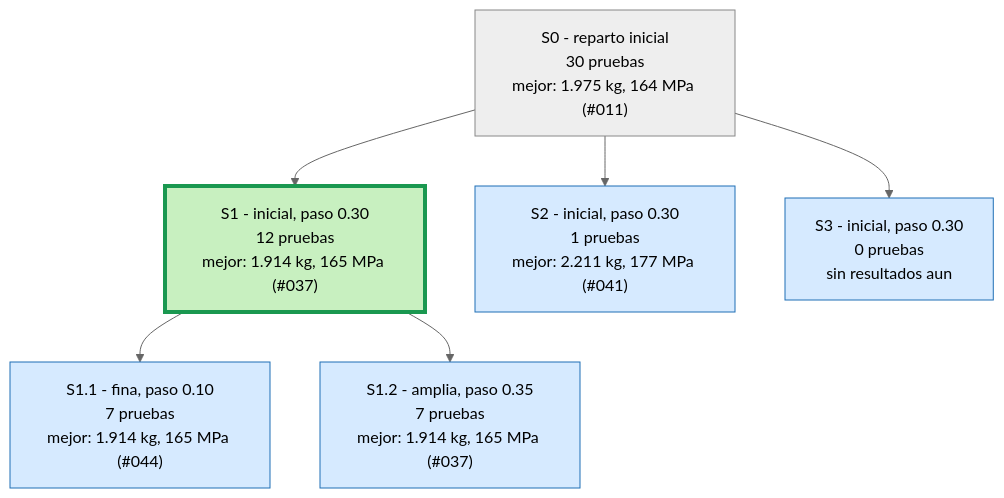
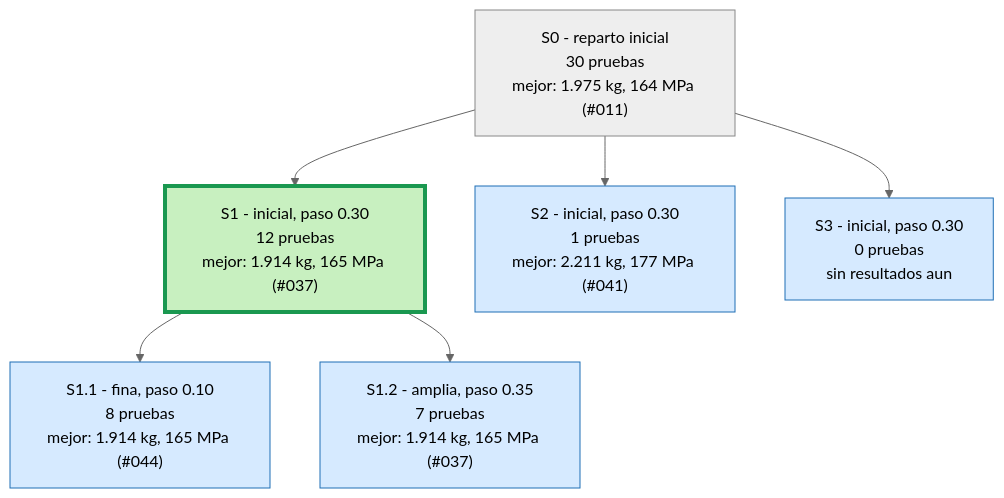
The first of 4 diagrams in runs/opt_37800N/ARBOL.md (Hugiko/msd-soporte-optimizacion), drawn with Mermaid (neutral theme) before and after one commit. The commit also changed 38 other files, not shown here.

````diff
--- a/runs/opt_37800N/ARBOL.md
+++ b/runs/opt_37800N/ARBOL.md
@@ -9,17 +9,17 @@
 ```mermaid
 graph TD
 classDef activa fill:#d6eaff,stroke:#1f6fb5,color:#000
 classDef fin fill:#eeeeee,stroke:#888,color:#000
 classDef mejor fill:#c8f0c0,stroke:#1a9850,stroke-width:4px,color:#000
 S0["S0 - reparto inicial<br/>30 pruebas<br/>mejor: 1.975 kg, 164 MPa (#011)"]:::fin
 S1["S1 - inicial, paso 0.30<br/>12 pruebas<br/>mejor: 1.914 kg, 165 MPa (#037)"]:::mejor
 S0 --> S1
 S2["S2 - inicial, paso 0.30<br/>1 pruebas<br/>mejor: 2.211 kg, 177 MPa (#041)"]:::activa
 S0 --> S2
 S3["S3 - inicial, paso 0.30<br/>0 pruebas<br/>sin resultados aun"]:::activa
 S0 --> S3
-S1_1["S1.1 - fina, paso 0.10<br/>7 pruebas<br/>mejor: 1.914 kg, 165 MPa (#044)"]:::activa
+S1_1["S1.1 - fina, paso 0.10<br/>8 pruebas<br/>mejor: 1.914 kg, 165 MPa (#044)"]:::activa
 S1 --> S1_1
 S1_2["S1.2 - amplia, paso 0.35<br/>7 pruebas<br/>mejor: 1.914 kg, 165 MPa (#037)"]:::activa
 S1 --> S1_2
 ```
````
